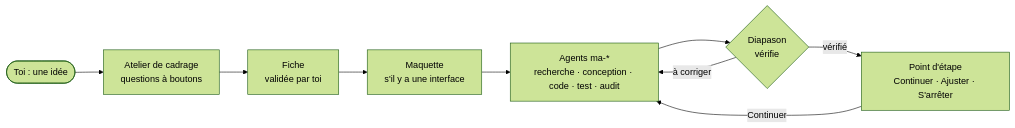
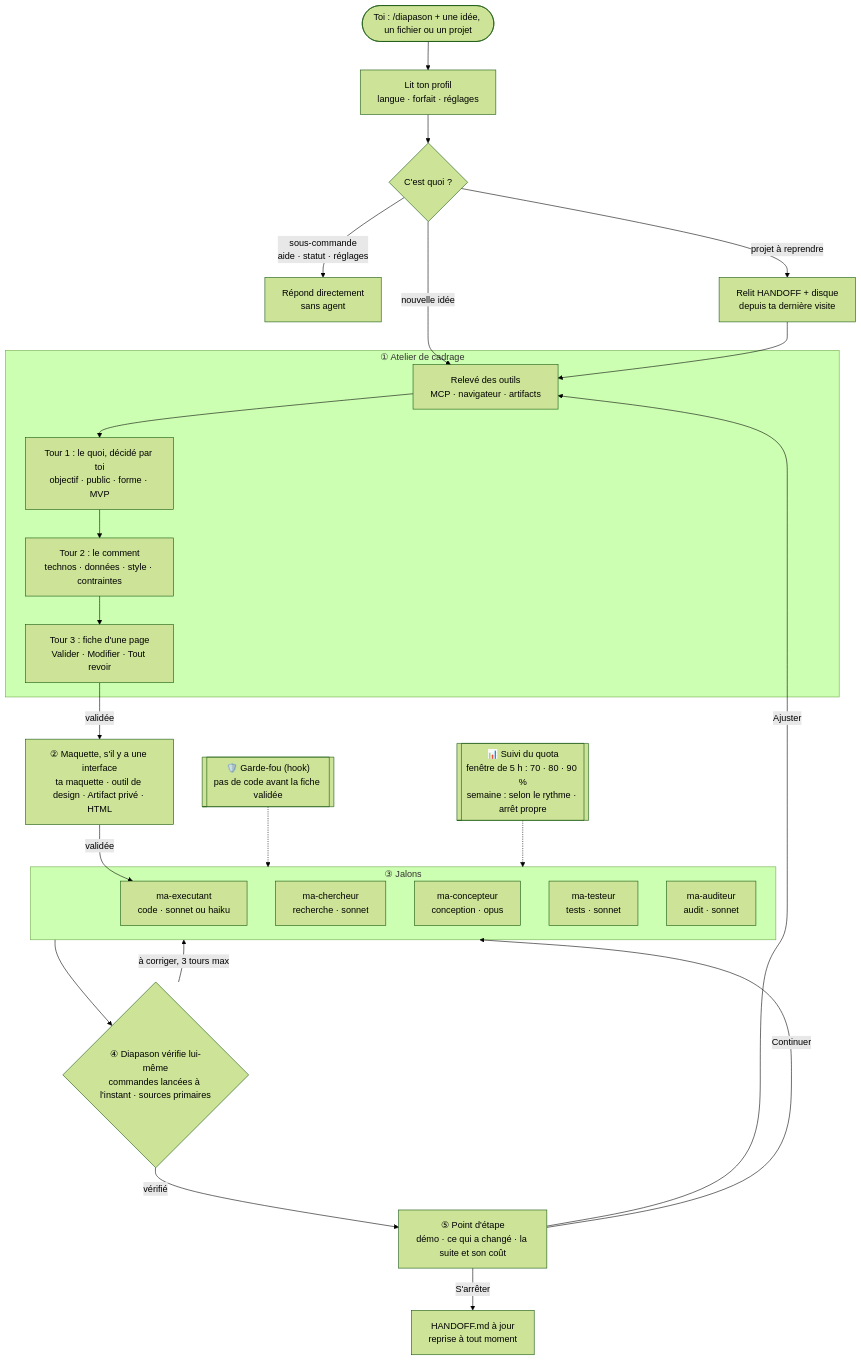
Before and after one commit to MalikChopa/diapason: the second of 2 diagrams in README.md, drawn with Mermaid (forest theme). The commit also changed other lines of this file, not shown here.

Commit message:
README : schéma complet du fonctionnement (EN et FR)

````diff
--- a/README.md
+++ b/README.md
@@ -109,11 +134,36 @@
 ```mermaid
-flowchart LR
-    U(["Toi : une idée"]) --> A["Atelier de cadrage<br/>questions à boutons"]
-    A --> F["Fiche<br/>validée par toi"]
-    F --> M["Maquette<br/>s'il y a une interface"]
-    M --> G["Agents ma-*<br/>recherche · conception · code · test · audit"]
-    G --> V{"Diapason<br/>vérifie"}
-    V -- "à corriger" --> G
-    V -- "vérifié" --> P["Point d'étape<br/>Continuer · Ajuster · S'arrêter"]
-    P -- "Continuer" --> G
+flowchart TD
+    U(["Toi : /diapason + une idée, un fichier ou un projet"]) --> P["Lit ton profil<br/>langue · forfait · réglages"]
+    P --> R{"C'est quoi ?"}
+    R -- "sous-commande<br/>aide · statut · réglages" --> SC["Répond directement<br/>sans agent"]
+    R -- "projet à reprendre" --> RS["Relit HANDOFF + disque<br/>depuis ta dernière visite"]
+    R -- "nouvelle idée" --> Q
+    RS --> Q
+
+    subgraph W["① Atelier de cadrage"]
+        Q["Relevé des outils<br/>MCP · navigateur · artifacts"] --> T1["Tour 1 : le quoi, décidé par toi<br/>objectif · public · forme · MVP"]
+        T1 --> T2["Tour 2 : le comment<br/>technos · données · style · contraintes"]
+        T2 --> T3["Tour 3 : fiche d'une page<br/>Valider · Modifier · Tout revoir"]
+    end
+
+    T3 -- "validée" --> MK["② Maquette, s'il y a une interface<br/>ta maquette · outil de design · Artifact privé · HTML"]
+    MK -- "validée" --> A3
+
+    subgraph J["③ Jalons"]
+        A1["ma-chercheur<br/>recherche · sonnet"]
+        A2["ma-concepteur<br/>conception · opus"]
+        A3["ma-executant<br/>code · sonnet ou haiku"]
+        A4["ma-testeur<br/>tests · sonnet"]
+        A5["ma-auditeur<br/>audit · sonnet"]
+    end
+
+    J --> V{"④ Diapason vérifie lui-même<br/>commandes lancées à l'instant · sources primaires"}
+    V -- "à corriger, 3 tours max" --> J
+    V -- "vérifié" --> CP["⑤ Point d'étape<br/>démo · ce qui a changé · la suite et son coût"]
+    CP -- "Continuer" --> J
+    CP -- "Ajuster" --> Q
+    CP -- "S'arrêter" --> H["HANDOFF.md à jour<br/>reprise à tout moment"]
+
+    G[["🛡️ Garde-fou (hook)<br/>pas de code avant la fiche validée"]] -.-> J
+    QT[["📊 Suivi du quota<br/>fenêtre de 5 h : 70 · 80 · 90 %<br/>semaine : selon le rythme · arrêt propre"]] -.-> J
 ```
````
